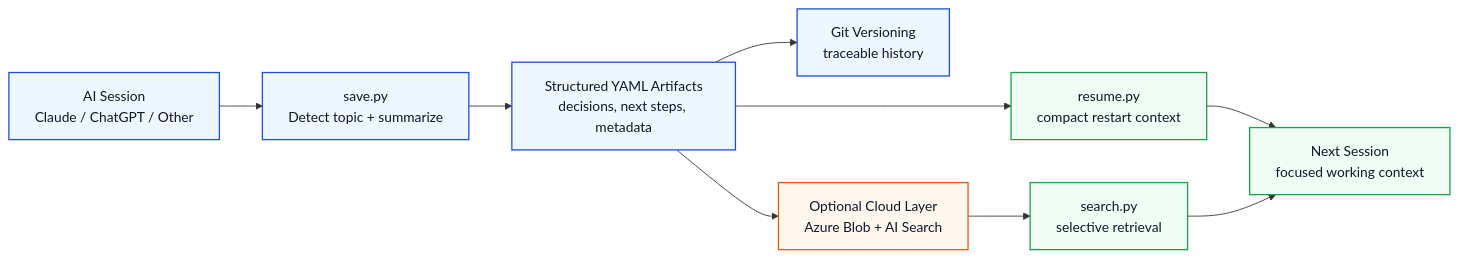
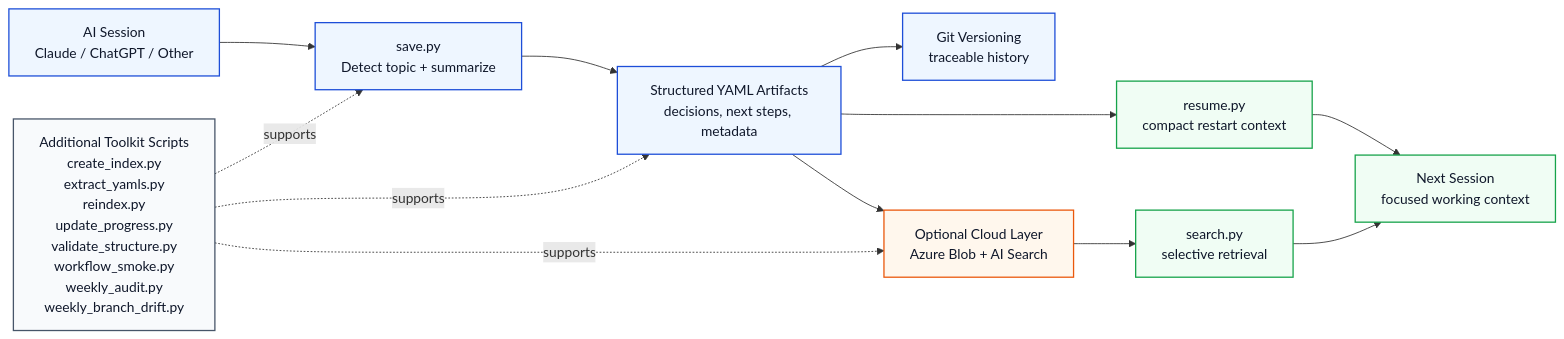
The diagram in docs/TECH_OVERVIEW_DIAGRAM.md (MustDemir/ai-context-vault), drawn with Mermaid before and after one commit. The commit also changed other lines of this file, not shown here.

Commit message:
docs: extend technical overview diagram

````diff
--- a/docs/TECH_OVERVIEW_DIAGRAM.md
+++ b/docs/TECH_OVERVIEW_DIAGRAM.md
@@ -3,19 +3,25 @@
 ```mermaid
 flowchart LR
     A["AI Session<br/>Claude / ChatGPT / Other"] --> B["save.py<br/>Detect topic + summarize"]
     B --> C["Structured YAML Artifacts<br/>decisions, next steps, metadata"]
     C --> D["Git Versioning<br/>traceable history"]
     C --> E["resume.py<br/>compact restart context"]
     C --> F["Optional Cloud Layer<br/>Azure Blob + AI Search"]
     E --> G["Next Session<br/>focused working context"]
     F --> H["search.py<br/>selective retrieval"]
     H --> G
+    T["Additional Toolkit Scripts<br/>create_index.py<br/>extract_yamls.py<br/>reindex.py<br/>update_progress.py<br/>validate_structure.py<br/>workflow_smoke.py<br/>weekly_audit.py<br/>weekly_branch_drift.py"]:::toolbox
+
+    T -. supports .-> B
+    T -. supports .-> C
+    T -. supports .-> F
 
     classDef core fill:#eef6ff,stroke:#1d4ed8,stroke-width:1.5px,color:#0f172a;
     classDef local fill:#f0fdf4,stroke:#16a34a,stroke-width:1.5px,color:#0f172a;
     classDef cloud fill:#fff7ed,stroke:#ea580c,stroke-width:1.5px,color:#0f172a;
+    classDef toolbox fill:#f8fafc,stroke:#475569,stroke-width:1.5px,color:#0f172a;
 
     class A,B,C,D core;
     class E,G,H local;
     class F cloud;
 ```
````
